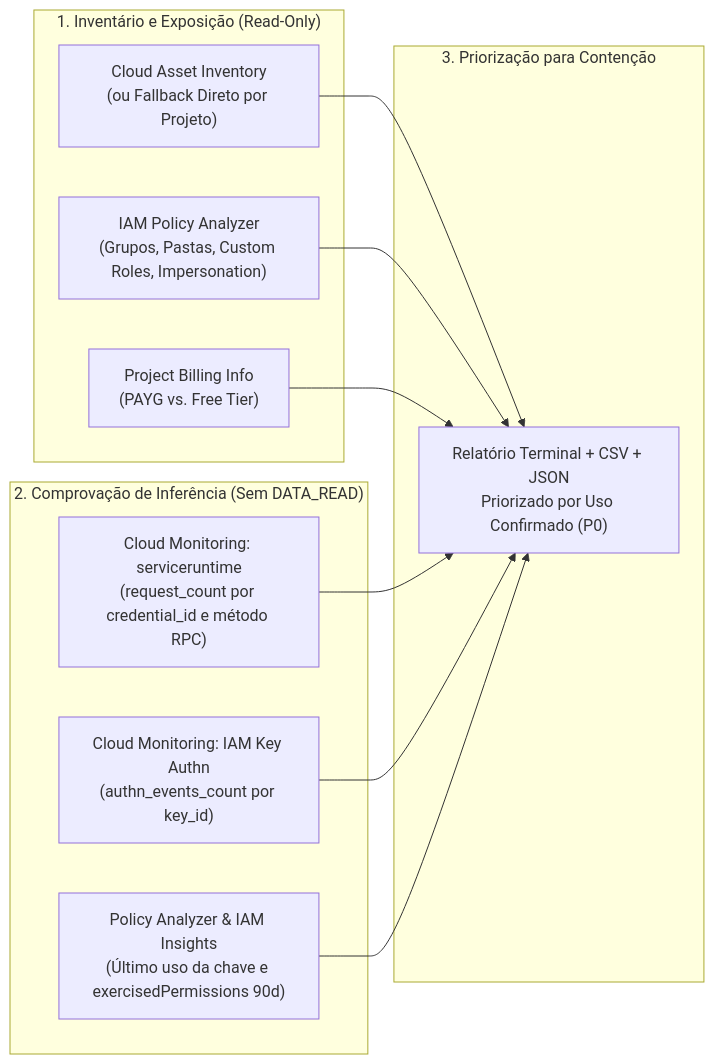
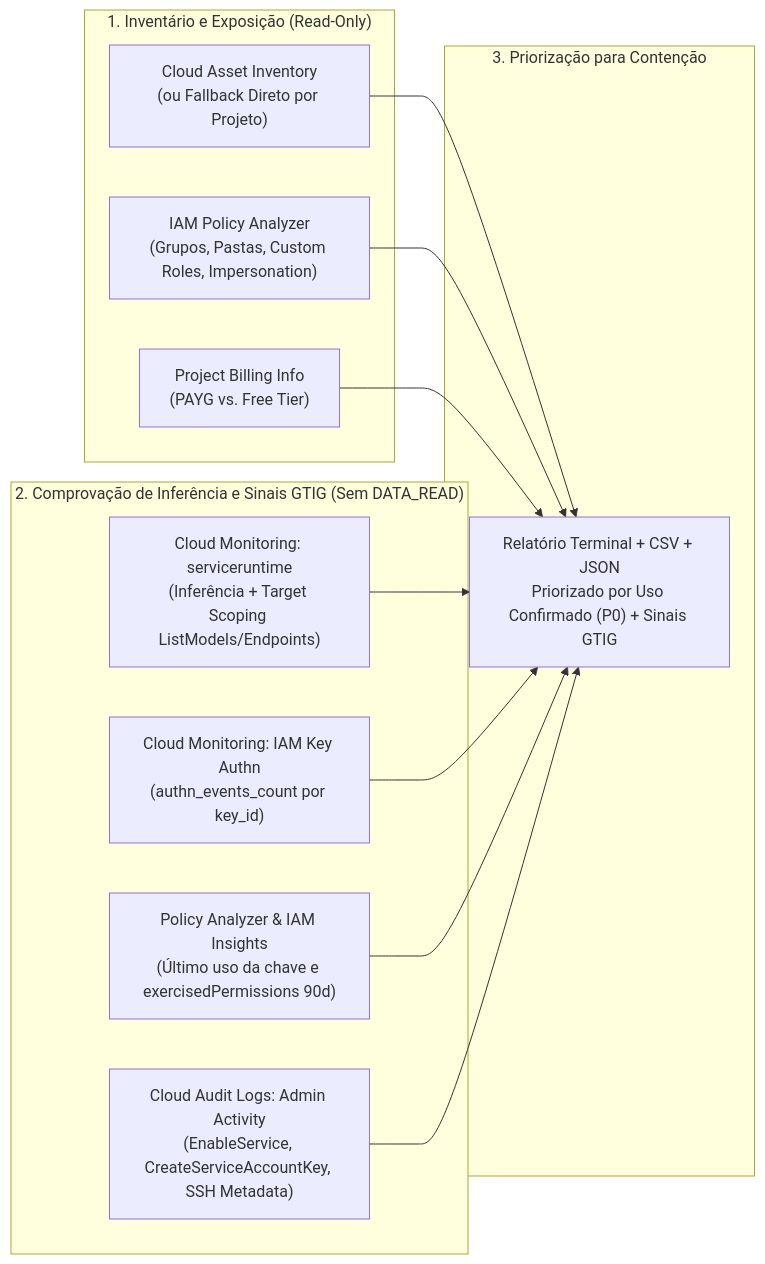
Before and after one commit to Cotomacio/gcp-llmjacking-credential-audit: the diagram in README.md, drawn with Mermaid. The commit also changed other lines of this file and 4 other files, not shown here.

Commit message:
feat: add GTIG/Mandiant LLMJacking recon, validation sweep, and Admin Activity signals

````diff
--- a/README.md
+++ b/README.md
@@ -29,25 +32,27 @@
 ```mermaid
 flowchart LR
     subgraph Descoberta["1. Inventário e Exposição (Read-Only)"]
         CAI["Cloud Asset Inventory\n(ou Fallback Direto por Projeto)"]
         IAM["IAM Policy Analyzer\n(Grupos, Pastas, Custom Roles, Impersonation)"]
         BILL["Project Billing Info\n(PAYG vs. Free Tier)"]
     end
 
-    subgraph Telemetria["2. Comprovação de Inferência (Sem DATA_READ)"]
-        SR["Cloud Monitoring: serviceruntime\n(request_count por credential_id e método RPC)"]
+    subgraph Telemetria["2. Comprovação de Inferência e Sinais GTIG (Sem DATA_READ)"]
+        SR["Cloud Monitoring: serviceruntime\n(Inferência + Target Scoping ListModels/Endpoints)"]
         KEYM["Cloud Monitoring: IAM Key Authn\n(authn_events_count por key_id)"]
         PA["Policy Analyzer & IAM Insights\n(Último uso da chave e exercisedPermissions 90d)"]
+        ADM["Cloud Audit Logs: Admin Activity\n(EnableService, CreateServiceAccountKey, SSH Metadata)"]
     end
 
     subgraph Saida["3. Priorização para Contenção"]
-        P0["Relatório Terminal + CSV + JSON\nPriorizado por Uso Confirmado (P0)"]
+        P0["Relatório Terminal + CSV + JSON\nPriorizado por Uso Confirmado (P0) + Sinais GTIG"]
     end
 
     CAI --> P0
     IAM --> P0
     BILL --> P0
     SR --> P0
     KEYM --> P0
     PA --> P0
+    ADM --> P0
 ```
````
